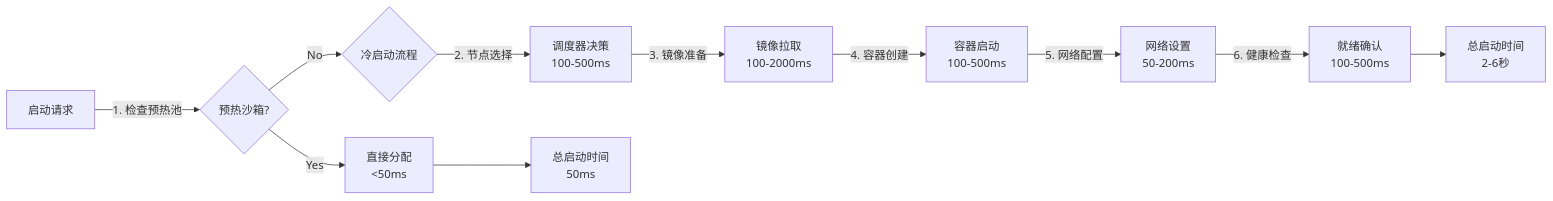
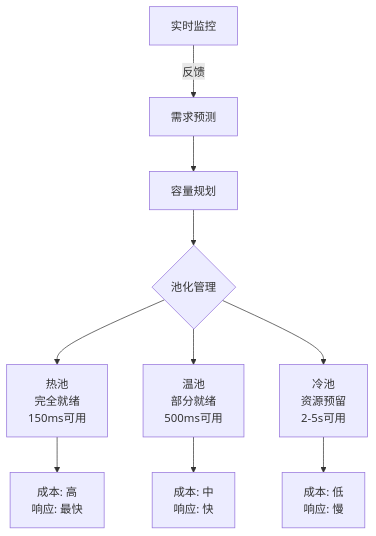
One commit to QJWang23/sandbox changed diagram 19 of 20 in docs/superpowers/specs/2026-03-22-agent-sandbox-technical-roadmap.md. Above: the diagram before and after it, drawn with Mermaid. The commit also changed other lines of this file, not shown here.

First line of the commit message:
Update technical roadmap with production scenarios focus

````diff
--- a/docs/superpowers/specs/2026-03-22-agent-sandbox-technical-roadmap.md
+++ b/docs/superpowers/specs/2026-03-22-agent-sandbox-technical-roadmap.md
@@ -761,13 +744,15 @@
 ```mermaid
-graph LR
-    A[启动请求] -->|1. 检查预热池| B{预热沙箱?}
-    B -->|Yes| C[直接分配<br/><50ms]
-    B -->|No| D{冷启动流程}
-    D -->|2. 节点选择| E[调度器决策<br/>100-500ms]
-    E -->|3. 镜像准备| F[镜像拉取<br/>100-2000ms]
-    F -->|4. 容器创建| G[容器启动<br/>100-500ms]
-    G -->|5. 网络配置| H[网络设置<br/>50-200ms]
-    H -->|6. 健康检查| I[就绪确认<br/>100-500ms]
-    C --> J[总启动时间<br/>50ms]
-    I --> K[总启动时间<br/>2-6秒]
+graph TB
+    A[需求预测] --> B[容量规划]
+    B --> C{池化管理}
+
+    C --> D[热池<br/>完全就绪<br/>150ms可用]
+    C --> E[温池<br/>部分就绪<br/>500ms可用]
+    C --> F[冷池<br/>资源预留<br/>2-5s可用]
+
+    D --> G[成本: 高<br/>响应: 最快]
+    E --> H[成本: 中<br/>响应: 快]
+    F --> I[成本: 低<br/>响应: 慢]
+
+    J[实时监控] -->|反馈| A
 ```
````
